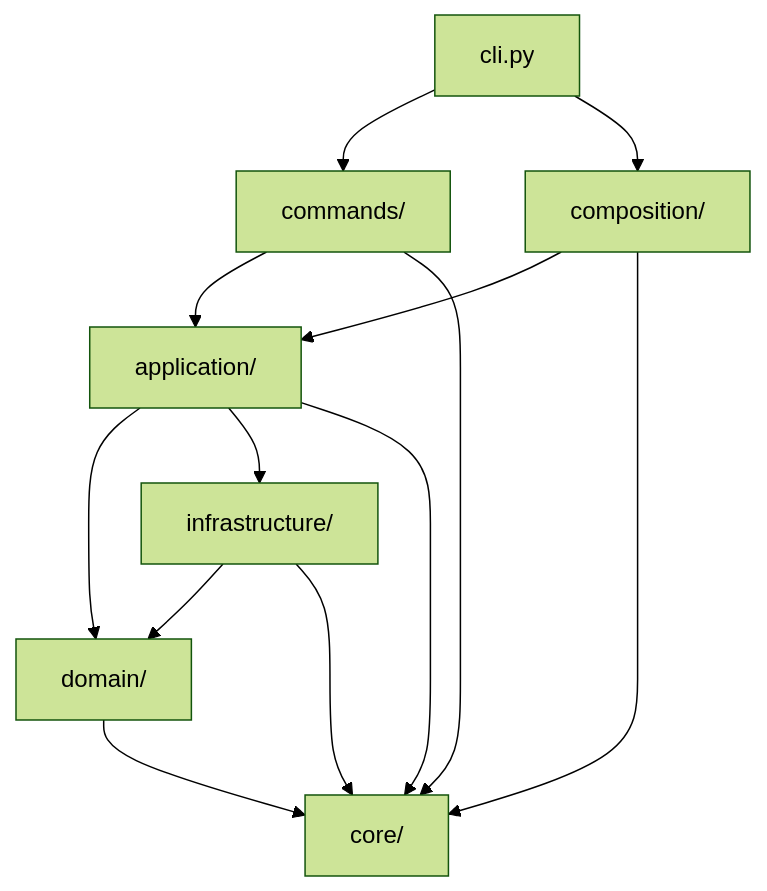
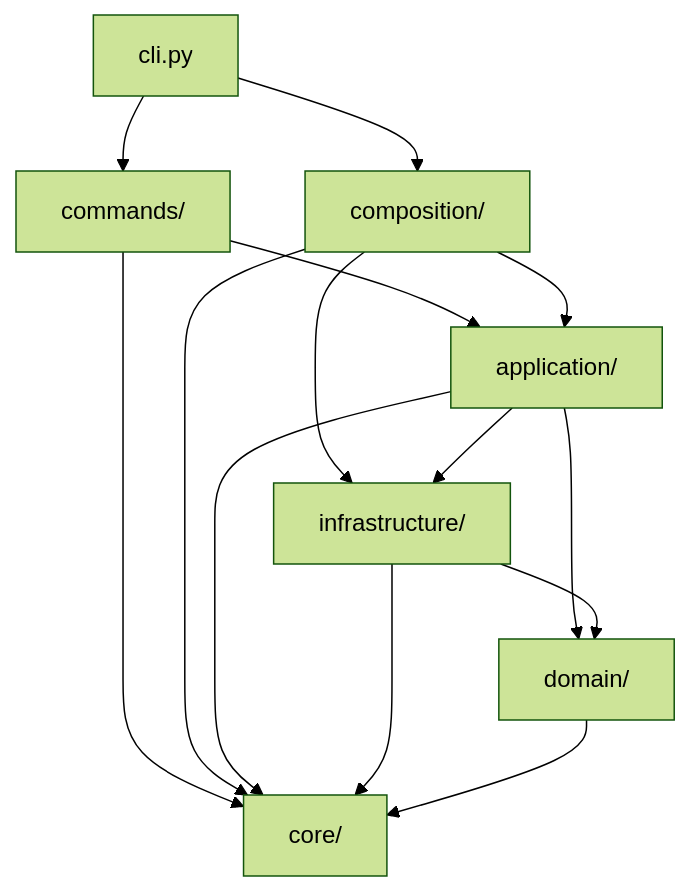
Before and after one commit to nyml2003/work-context: the first of 5 diagrams in docs/architecture.md, drawn with Mermaid (forest theme). The commit also changed other lines of this file and 25 other files, not shown here.

````diff
--- a/docs/architecture.md
+++ b/docs/architecture.md
@@ -31,23 +31,24 @@
 ```mermaid
 flowchart TD
     CLI["cli.py"]
     Composition["composition/"]
     Commands["commands/"]
     Application["application/"]
     Domain["domain/"]
     Infrastructure["infrastructure/"]
     Core["core/"]
 
     CLI --> Commands
     CLI --> Composition
     Commands --> Application
     Commands --> Core
     Composition --> Application
+    Composition --> Infrastructure
     Composition --> Core
     Application --> Domain
     Application --> Infrastructure
     Application --> Core
     Infrastructure --> Domain
     Infrastructure --> Core
     Domain --> Core
 ```
````
